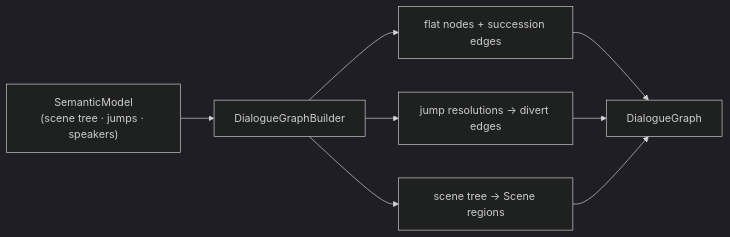
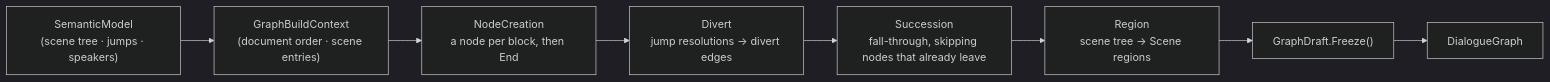
Before and after one commit to pengzhengyi/dialoguedown: the third of 4 diagrams in docs/contributing/design-notes/Dialogue Graph.md, drawn with Mermaid (dark theme). The commit also changed other lines of this file, not shown here.

First line of the commit message:
docs(graph): reconcile the dialogue graph note with the built stage

````diff
--- a/docs/contributing/design-notes/Dialogue Graph.md
+++ b/docs/contributing/design-notes/Dialogue Graph.md
@@ -230,10 +244,9 @@
 ```mermaid
 flowchart LR
-  SM["SemanticModel<br/>(scene tree · jumps · speakers)"] --> B["DialogueGraphBuilder"]
-  B --> N["flat nodes + succession edges"]
-  B --> J["jump resolutions → divert edges"]
-  B --> R["scene tree → Scene regions"]
-  N --> G["DialogueGraph"]
-  J --> G
-  R --> G
+  SM["SemanticModel<br/>(scene tree · jumps · speakers)"] --> C["GraphBuildContext<br/>(document order · scene entries)"]
+  C --> P1["NodeCreation<br/>a node per block, then End"]
+  P1 --> P2["Divert<br/>jump resolutions → divert edges"]
+  P2 --> P3["Succession<br/>fall-through, skipping nodes that already leave"]
+  P3 --> P4["Region<br/>scene tree → Scene regions"]
+  P4 --> F["GraphDraft.Freeze()"] --> G["DialogueGraph"]
 ```
````
